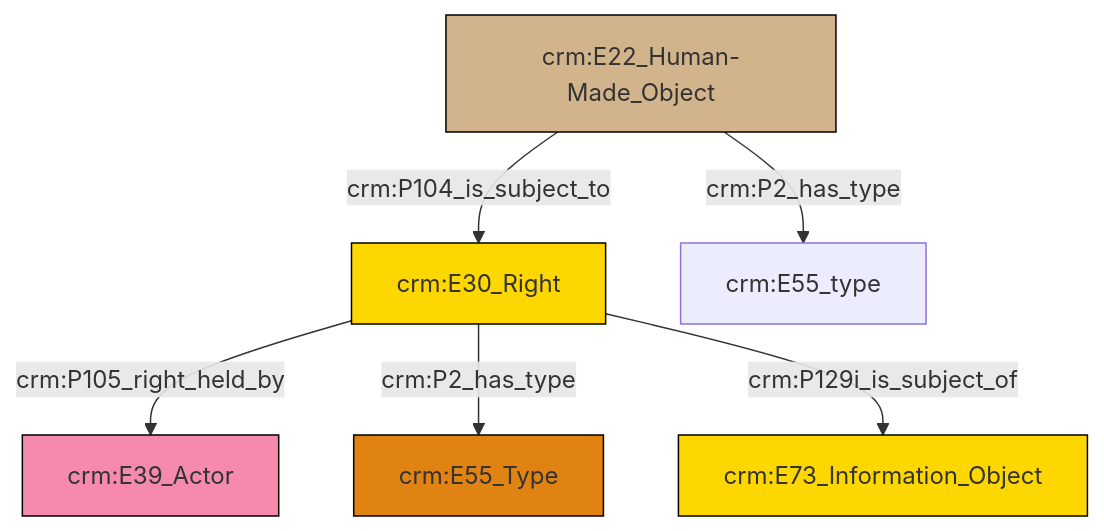
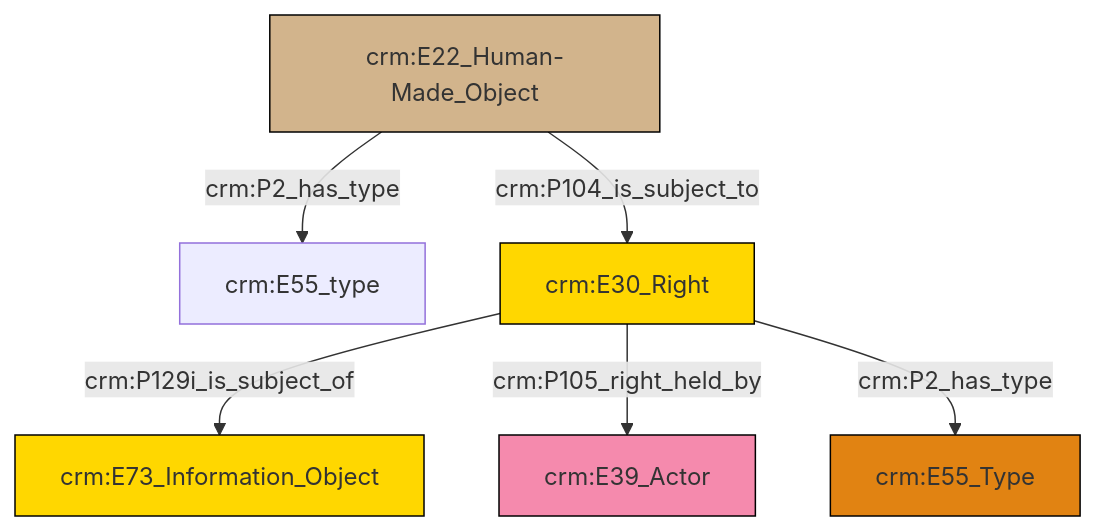
Before and after one commit to swiss-art-research-net/docs.swissartresearch: the diagram in et/builtWorkCSV/ttl/mmd/Built_Work_rights.ttl.mmd, drawn with Mermaid. The commit also changed 208 other files, not shown here.

```diff
--- a/et/builtWorkCSV/ttl/mmd/Built_Work_rights.ttl.mmd
+++ b/et/builtWorkCSV/ttl/mmd/Built_Work_rights.ttl.mmd
@@ -1,20 +1,20 @@
 graph TD
 classDef Literal fill:#f2f2f2,stroke:#000000;
 classDef CRM_Entity fill:#FFFFFF,stroke:#000000;
 classDef Temporal_Entity fill:#00C9E6, stroke:#000000;
 classDef Type fill:#E18312, stroke:#000000;
 classDef Time-Span fill:#2C9C91, stroke:#000000;
 classDef Appellation fill:#FFEB7F, stroke:#000000;
 classDef Place fill:#008836, stroke:#000000;
 classDef Persistent_Item fill:#B266B2, stroke:#000000;
 classDef Conceptual_Object fill:#FFD700, stroke:#000000;
 classDef Physical_Thing fill:#D2B48C, stroke:#000000;
 classDef Actor fill:#f58aad, stroke:#000000;
 classDef PC_Classes fill:#4ce600, stroke:#000000;
 classDef Multi fill:#cccccc,stroke:#000000;
 
-0["crm:E30_Right"]:::Conceptual_Object -->|crm:P105_right_held_by| 1["crm:E39_Actor"]:::Actor
-0["crm:E30_Right"]:::Conceptual_Object -->|crm:P2_has_type| 2["crm:E55_Type"]:::Type
-3["crm:E22_Human-Made_Object"]:::Physical_Thing -->|crm:P2_has_type| 4["crm:E55_type"]:::Default
-3["crm:E22_Human-Made_Object"]:::Physical_Thing -->|crm:P104_is_subject_to| 0["crm:E30_Right"]:::Conceptual_Object
-0["crm:E30_Right"]:::Conceptual_Object -->|crm:P129i_is_subject_of| 5["crm:E73_Information_Object"]:::Conceptual_Object
+2["crm:E22_Human-Made_Object"]:::Physical_Thing -->|crm:P2_has_type| 0["crm:E55_type"]:::Default
+3["crm:E30_Right"]:::Conceptual_Object -->|crm:P129i_is_subject_of| 4["crm:E73_Information_Object"]:::Conceptual_Object
+2["crm:E22_Human-Made_Object"]:::Physical_Thing -->|crm:P104_is_subject_to| 3["crm:E30_Right"]:::Conceptual_Object
+3["crm:E30_Right"]:::Conceptual_Object -->|crm:P105_right_held_by| 7["crm:E39_Actor"]:::Actor
+3["crm:E30_Right"]:::Conceptual_Object -->|crm:P2_has_type| 8["crm:E55_Type"]:::Type
```
